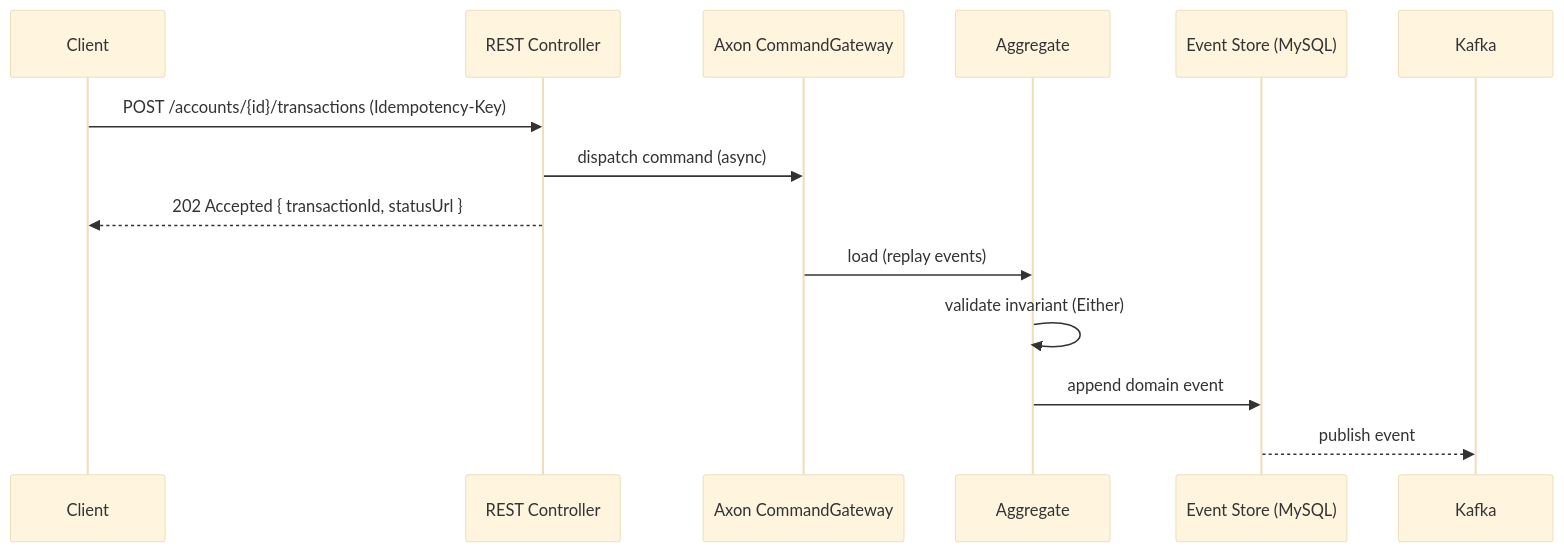
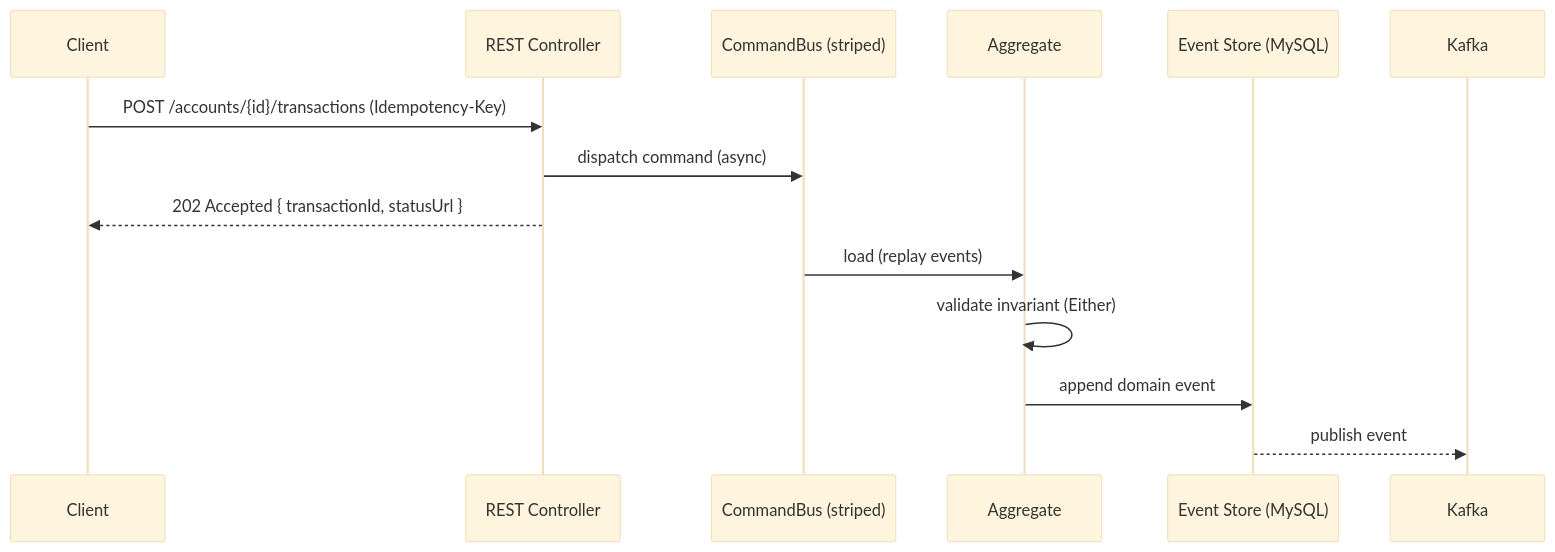
The second of 4 diagrams in ARCHITECTURE.md (fpiacentini08/banking-api), drawn with Mermaid (base theme) before and after one commit. The commit also changed other lines of this file and 71 other files, not shown here.

````diff
--- a/ARCHITECTURE.md
+++ b/ARCHITECTURE.md
@@ -88,17 +89,17 @@
 ```mermaid
 sequenceDiagram
     participant C as Client
     participant Ctl as REST Controller
-    participant GW as Axon CommandGateway
+    participant GW as CommandBus (striped)
     participant Agg as Aggregate
     participant ES as Event Store (MySQL)
     participant K as Kafka
 
     C->>Ctl: POST /accounts/{id}/transactions (Idempotency-Key)
     Ctl->>GW: dispatch command (async)
     Ctl-->>C: 202 Accepted { transactionId, statusUrl }
     GW->>Agg: load (replay events)
     Agg->>Agg: validate invariant (Either)
     Agg->>ES: append domain event
     ES-->>K: publish event
 ```
````
